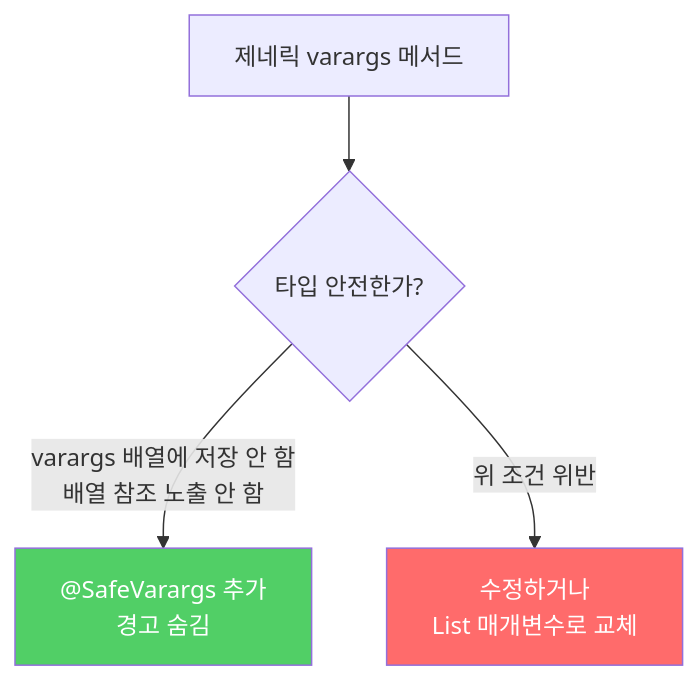
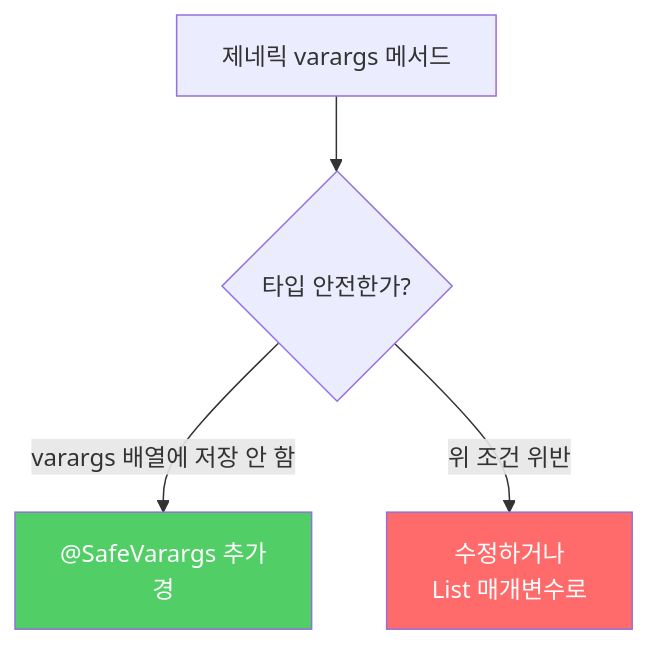
The second of 2 diagrams in _posts/java/2022-01-10-effective-java32.md (yjkim2015/yjkim2015.github.io), drawn with Mermaid before and after one commit. The commit also changed 271 other files, not shown here.

First line of the commit message:
Mermaid 라벨 축소: 긴 노드 텍스트 18자 이하로 트림 + \n 제거

````diff
--- a/_posts/java/2022-01-10-effective-java32.md
+++ b/_posts/java/2022-01-10-effective-java32.md
@@ -161,8 +161,8 @@
 ```mermaid
 graph TD
     A["제네릭 varargs 메서드"] --> B{"타입 안전한가?"}
-    B -->|"varargs 배열에 저장 안 함\n배열 참조 노출 안 함"| C["@SafeVarargs 추가\n경고 숨김"]
-    B -->|"위 조건 위반"| D["수정하거나\nList 매개변수로 교체"]
+    B -->|"varargs 배열에 저장 안 함"| C["@SafeVarargs 추가\n경"]
+    B -->|"위 조건 위반"| D["수정하거나\nList 매개변수로"]
     style C fill:#51cf66,color:#fff
     style D fill:#ff6b6b,color:#fff
 ```
````
